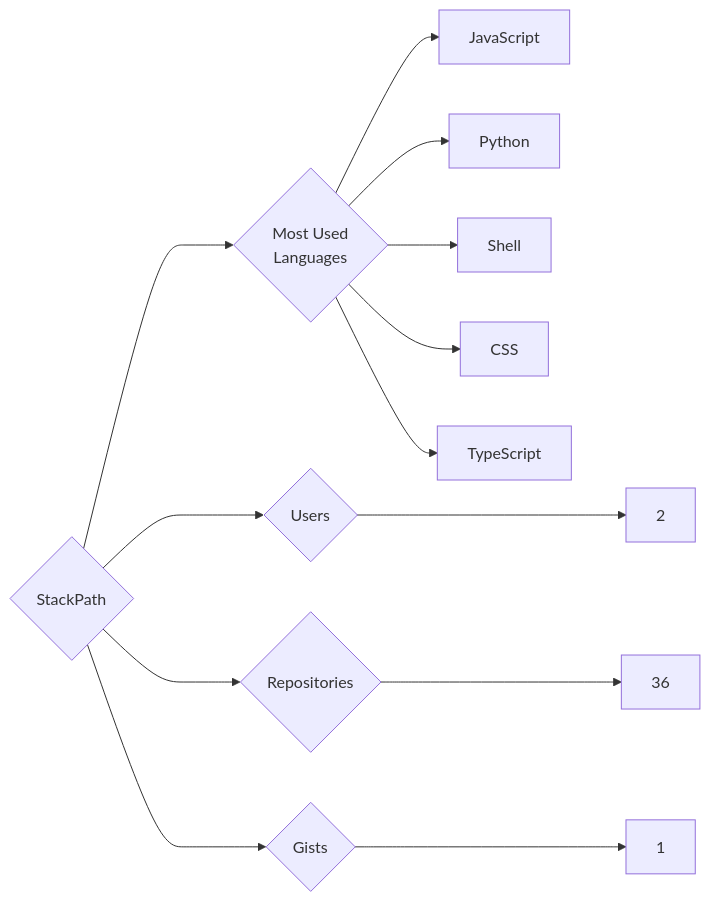
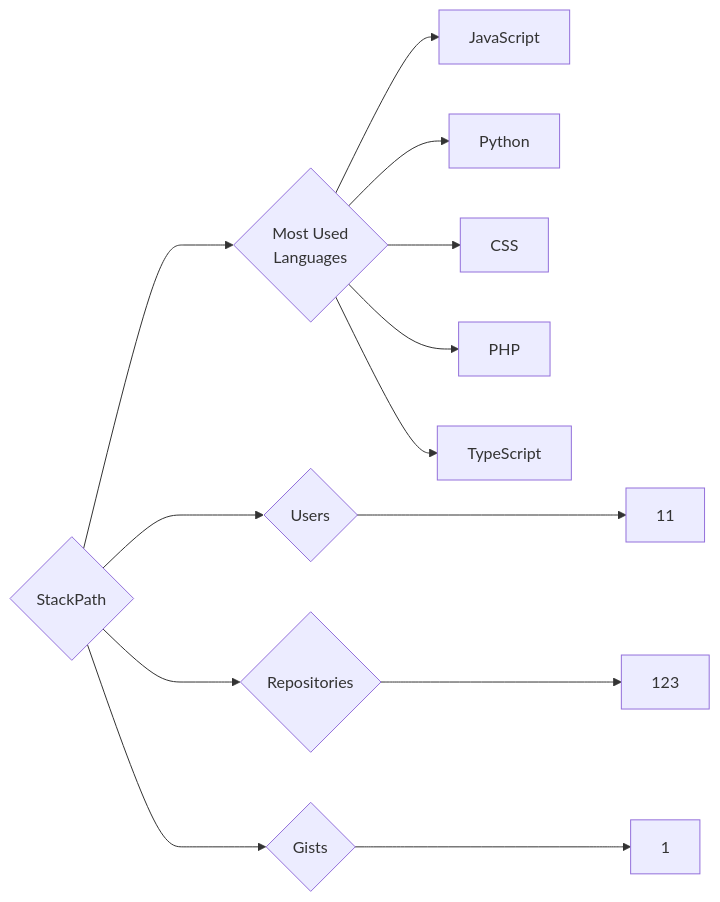
Before and after one commit to trickest/insiders: the diagram in targets/StackPath/README.md, drawn with Mermaid. The commit also changed 681 other files, not shown here.

````diff
--- a/targets/StackPath/README.md
+++ b/targets/StackPath/README.md
@@ -3,13 +3,13 @@
 ```mermaid
 graph LR
 COMPANY_NAME{StackPath}
-COMPANY_NAME ---> U{Users} ---> UN[2]
-COMPANY_NAME ---> R{Repositories} ---> RN[36]
+COMPANY_NAME ---> U{Users} ---> UN[11]
+COMPANY_NAME ---> R{Repositories} ---> RN[123]
 COMPANY_NAME ---> G{Gists} ---> GN[1]
 COMPANY_NAME ---> ML{Most Used<br>Languages}
 ML --> JavaScript[JavaScript]
 ML --> Python[Python]
-ML --> Shell[Shell]
 ML --> CSS[CSS]
+ML --> PHP[PHP]
 ML --> TypeScript[TypeScript]
 ```
````
